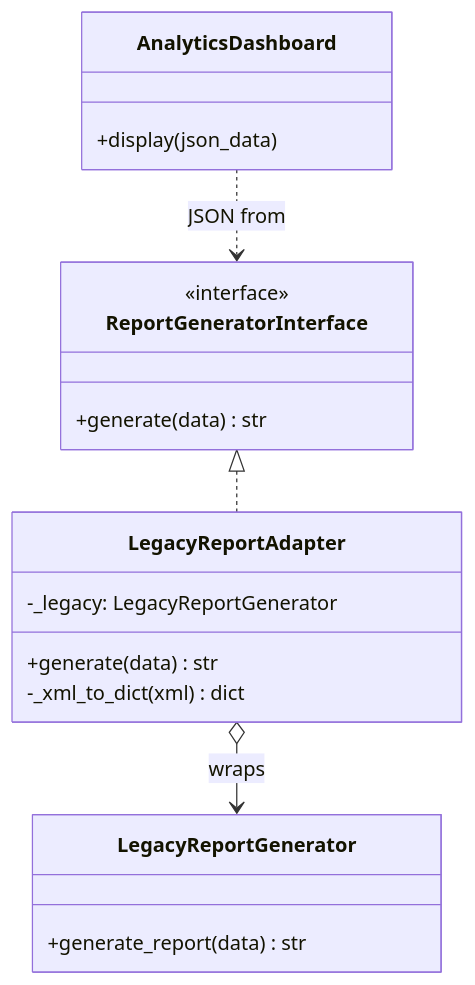
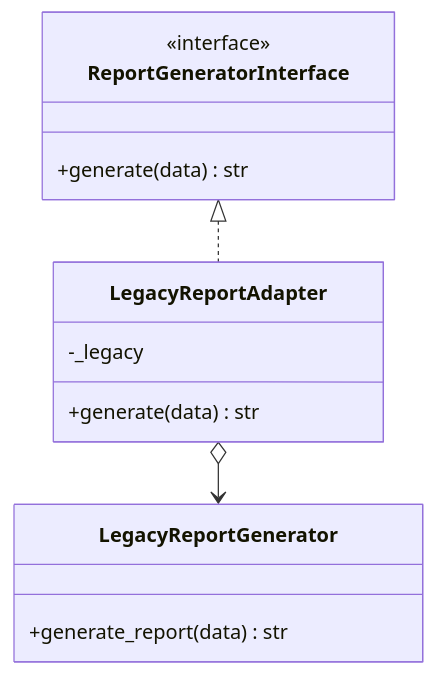
Before and after one commit to mathislepoutre1/oop-python-exercises: the fourth of 7 diagrams in 05-design-patterns/README.md, drawn with Mermaid. The commit also changed other lines of this file and 8 other files, not shown here.

````diff
--- a/05-design-patterns/README.md
+++ b/05-design-patterns/README.md
@@ -119,21 +94,16 @@
 ```mermaid
 classDiagram
     class ReportGeneratorInterface {
         <<interface>>
         +generate(data) str
     }
     class LegacyReportAdapter {
-        -_legacy: LegacyReportGenerator
+        -_legacy
         +generate(data) str
-        -_xml_to_dict(xml) dict
     }
     class LegacyReportGenerator {
         +generate_report(data) str
     }
-    class AnalyticsDashboard {
-        +display(json_data)
-    }
     ReportGeneratorInterface <|.. LegacyReportAdapter
-    LegacyReportAdapter o--> LegacyReportGenerator : wraps
-    AnalyticsDashboard ..> ReportGeneratorInterface : JSON from
+    LegacyReportAdapter o--> LegacyReportGenerator
 ```
````
